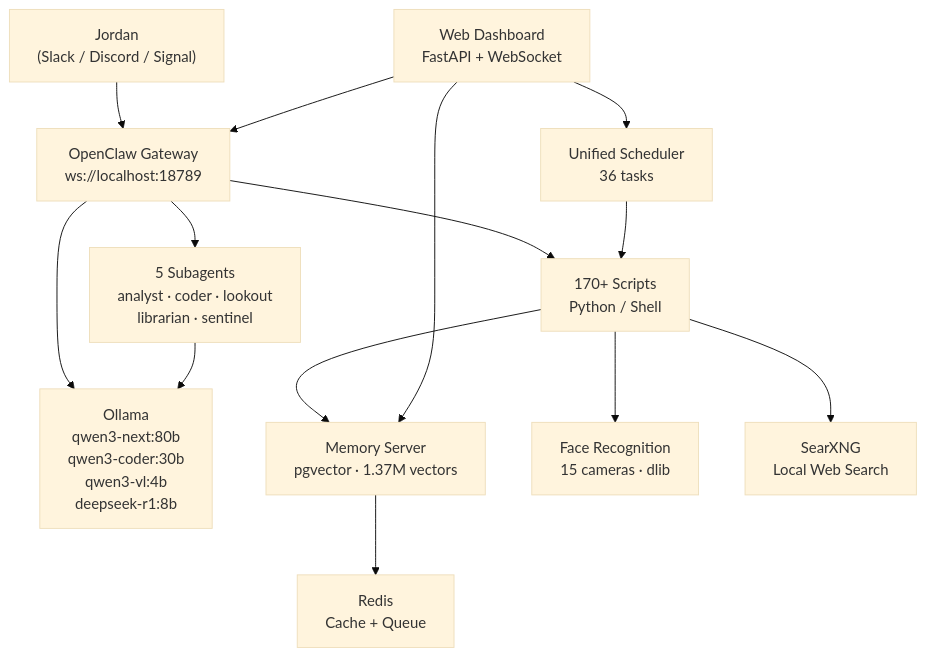
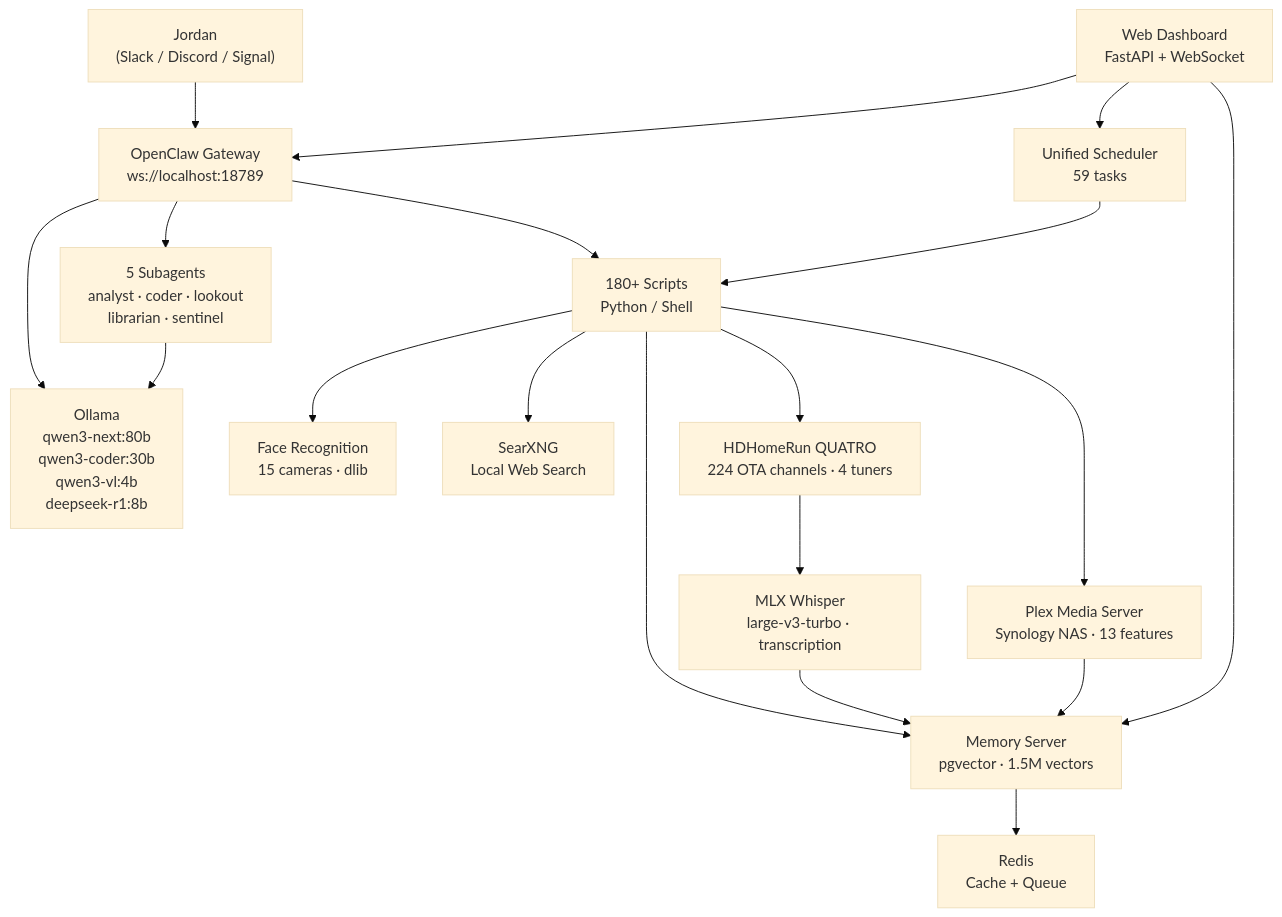
The diagram in README.md (kochj23/nova), drawn with Mermaid (base theme) before and after one commit. The commit also changed other lines of this file and 9 other files, not shown here.

First line of the commit message:
feat: Add Plex integration, live TV, dream journal v2, bulk media ingest

````diff
--- a/README.md
+++ b/README.md
@@ -32,28 +32,36 @@
 ```mermaid
 graph TD
     Jordan["Jordan<br/>(Slack / Discord / Signal)"]
     GW["OpenClaw Gateway<br/>ws://localhost:18789"]
     Ollama["Ollama<br/>qwen3-next:80b<br/>qwen3-coder:30b<br/>qwen3-vl:4b<br/>deepseek-r1:8b"]
-    Scheduler["Unified Scheduler<br/>36 tasks"]
-    MemServer["Memory Server<br/>pgvector · 1.37M vectors"]
+    Scheduler["Unified Scheduler<br/>59 tasks"]
+    MemServer["Memory Server<br/>pgvector · 1.5M vectors"]
     FaceRec["Face Recognition<br/>15 cameras · dlib"]
     Dashboard["Web Dashboard<br/>FastAPI + WebSocket"]
-    Scripts["170+ Scripts<br/>Python / Shell"]
+    Scripts["180+ Scripts<br/>Python / Shell"]
     SearXNG["SearXNG<br/>Local Web Search"]
     Redis["Redis<br/>Cache + Queue"]
     Subagents["5 Subagents<br/>analyst · coder · lookout<br/>librarian · sentinel"]
+    Plex["Plex Media Server<br/>Synology NAS · 13 features"]
+    HDHomeRun["HDHomeRun QUATRO<br/>224 OTA channels · 4 tuners"]
+    MLXWhisper["MLX Whisper<br/>large-v3-turbo · transcription"]
 
     Jordan --> GW
     GW --> Ollama
     GW --> Scripts
     Scheduler --> Scripts
     Scripts --> MemServer
     Scripts --> FaceRec
     MemServer --> Redis
     GW --> Subagents
     Subagents --> Ollama
     Scripts --> SearXNG
+    Scripts --> Plex
+    Scripts --> HDHomeRun
+    HDHomeRun --> MLXWhisper
+    MLXWhisper --> MemServer
+    Plex --> MemServer
     Dashboard --> GW
     Dashboard --> MemServer
     Dashboard --> Scheduler
 ```
````
